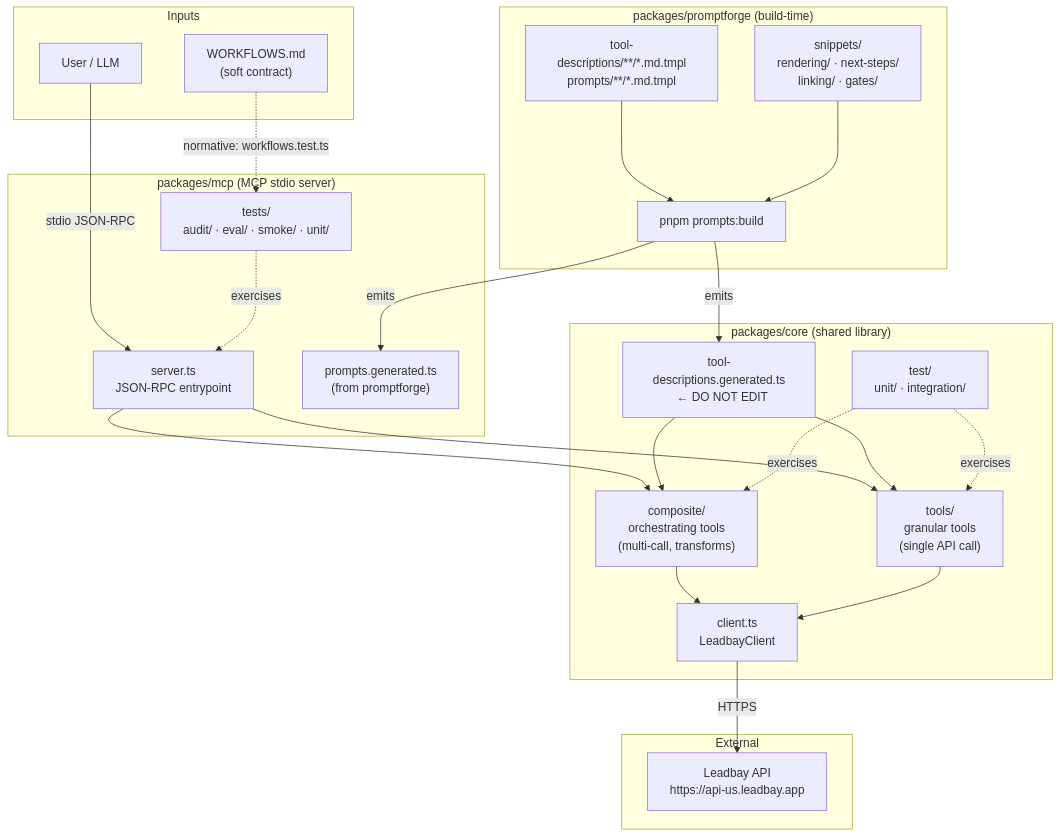
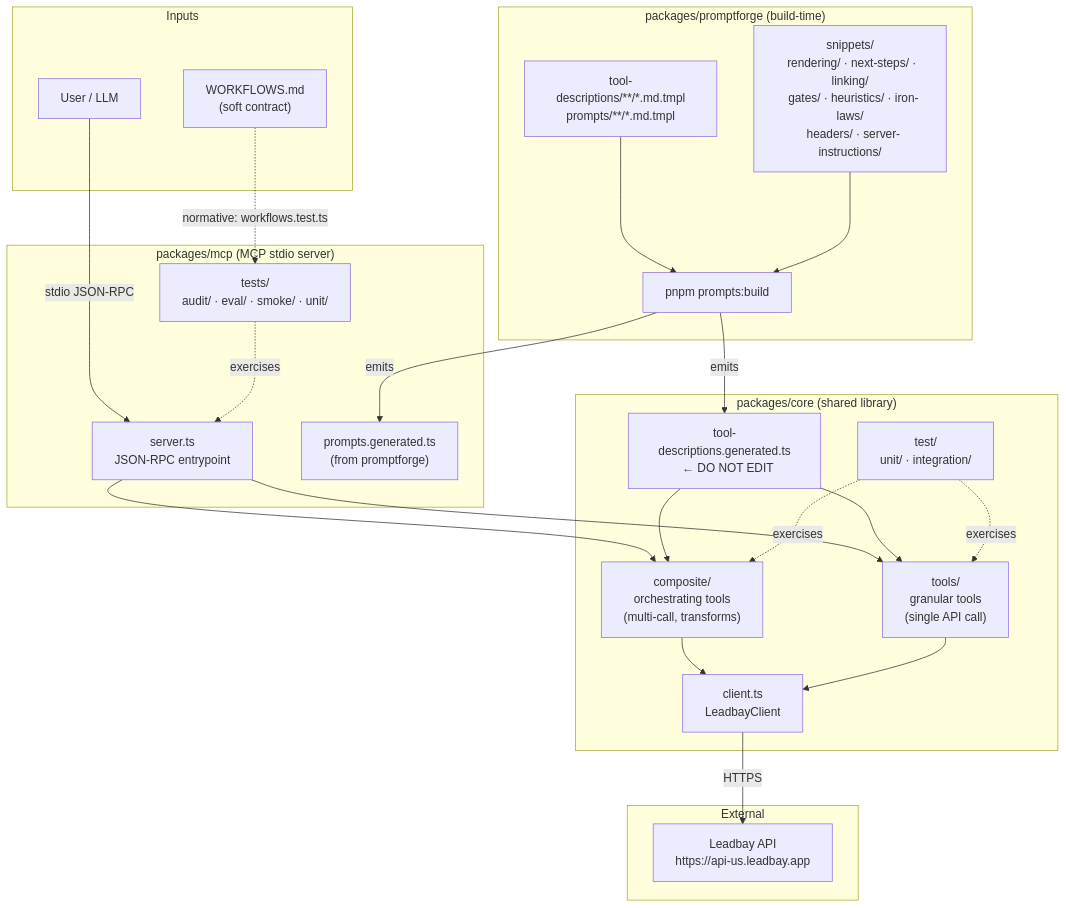
The diagram in CLAUDE.md (leadbay/mcp), drawn with Mermaid before and after one commit. The commit also changed other lines of this file and 25 other files, not shown here.

````diff
--- a/CLAUDE.md
+++ b/CLAUDE.md
@@ -275,48 +297,48 @@
 ```mermaid
 graph TD
     subgraph inputs["Inputs"]
         U["User / LLM"]
         WF["WORKFLOWS.md\n(soft contract)"]
     end
 
     subgraph mcp["packages/mcp  (MCP stdio server)"]
         MCP_S["server.ts\nJSON-RPC entrypoint"]
         MCP_P["prompts.generated.ts\n(from promptforge)"]
         MCP_T["tests/\n  audit/ · eval/ · smoke/ · unit/"]
     end
 
     subgraph core["packages/core  (shared library)"]
         COMP["composite/\n  orchestrating tools\n  (multi-call, transforms)"]
         GRAN["tools/\n  granular tools\n  (single API call)"]
         CLIENT["client.ts\n  LeadbayClient"]
         TDESC["tool-descriptions.generated.ts\n  ← DO NOT EDIT"]
         CORE_T["test/\n  unit/ · integration/"]
     end
 
     subgraph promptforge["packages/promptforge  (build-time)"]
         PF_TMPL["tool-descriptions/**/*.md.tmpl\nprompts/**/*.md.tmpl"]
-        PF_SNIP["snippets/\n  rendering/ · next-steps/\n  linking/ · gates/"]
+        PF_SNIP["snippets/\n  rendering/ · next-steps/ · linking/\n  gates/ · heuristics/ · iron-laws/\n  headers/ · server-instructions/"]
         PF_BUILD["pnpm prompts:build"]
     end
 
     subgraph api["External"]
         LB_API["Leadbay API\nhttps://api-us.leadbay.app"]
     end
 
     U -->|"stdio JSON-RPC"| MCP_S
     MCP_S --> COMP
     MCP_S --> GRAN
     COMP --> CLIENT
     GRAN --> CLIENT
     CLIENT -->|"HTTPS"| LB_API
     PF_TMPL --> PF_BUILD
     PF_SNIP --> PF_BUILD
     PF_BUILD -->|"emits"| TDESC
     PF_BUILD -->|"emits"| MCP_P
     TDESC --> COMP
     TDESC --> GRAN
     WF -.->|"normative: workflows.test.ts"| MCP_T
     MCP_T -.->|"exercises"| MCP_S
     CORE_T -.->|"exercises"| COMP
     CORE_T -.->|"exercises"| GRAN
 ```
````
